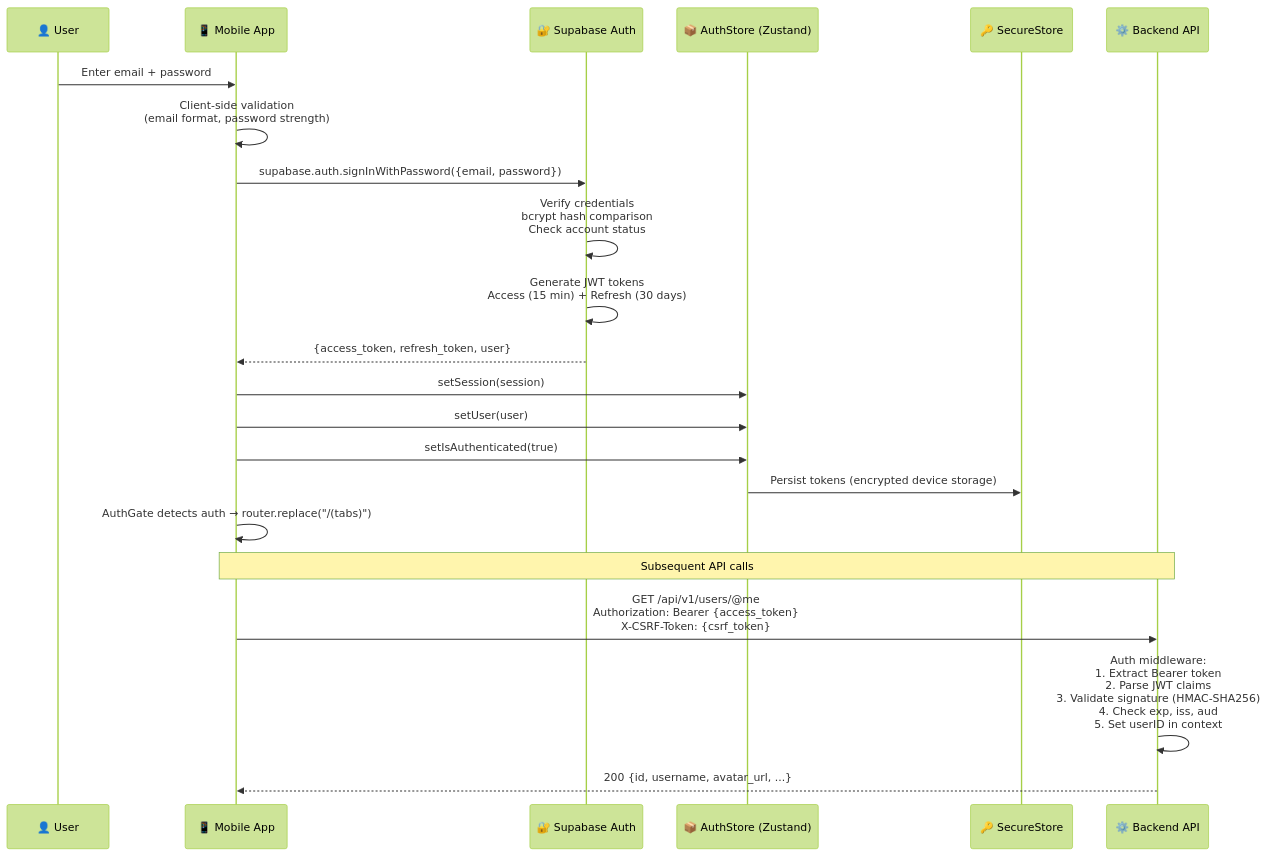
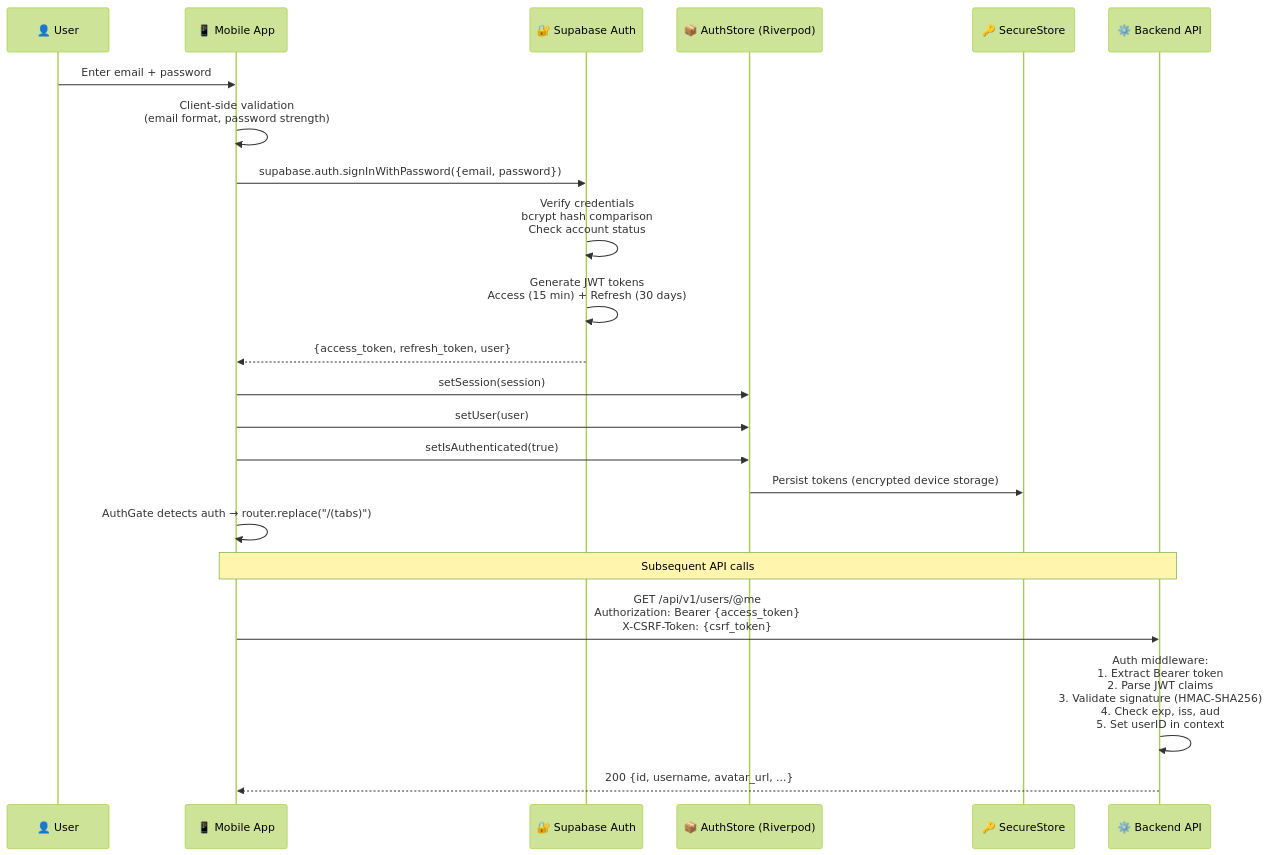
The first of 3 diagrams in docs/diagrams/auth-flow.md (Santosh-Prasad-Verma/Flicko), drawn with Mermaid (forest theme) before and after one commit. The commit also changed 3075 other files, not shown here.

````diff
--- a/docs/diagrams/auth-flow.md
+++ b/docs/diagrams/auth-flow.md
@@ -7,34 +7,34 @@
 ```mermaid
 sequenceDiagram
     participant U as 👤 User
     participant APP as 📱 Mobile App
     participant SA as 🔐 Supabase Auth
-    participant STORE as 📦 AuthStore (Zustand)
+    participant STORE as 📦 AuthStore (Riverpod)
     participant SS as 🔑 SecureStore
     participant BE as ⚙️ Backend API
 
     U->>APP: Enter email + password
     APP->>APP: Client-side validation<br/>(email format, password strength)
 
     APP->>SA: supabase.auth.signInWithPassword({email, password})
 
     SA->>SA: Verify credentials<br/>bcrypt hash comparison<br/>Check account status
     SA->>SA: Generate JWT tokens<br/>Access (15 min) + Refresh (30 days)
 
     SA-->>APP: {access_token, refresh_token, user}
 
     APP->>STORE: setSession(session)
     APP->>STORE: setUser(user)
     APP->>STORE: setIsAuthenticated(true)
     STORE->>SS: Persist tokens (encrypted device storage)
 
     APP->>APP: AuthGate detects auth → router.replace("/(tabs)")
 
     Note over APP,BE: Subsequent API calls
 
     APP->>BE: GET /api/v1/users/@me<br/>Authorization: Bearer {access_token}<br/>X-CSRF-Token: {csrf_token}
 
     BE->>BE: Auth middleware:<br/>1. Extract Bearer token<br/>2. Parse JWT claims<br/>3. Validate signature (HMAC-SHA256)<br/>4. Check exp, iss, aud<br/>5. Set userID in context
 
     BE-->>APP: 200 {id, username, avatar_url, ...}
 ```
````
